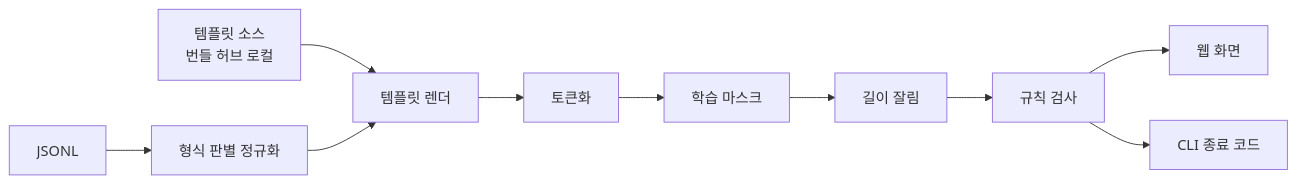
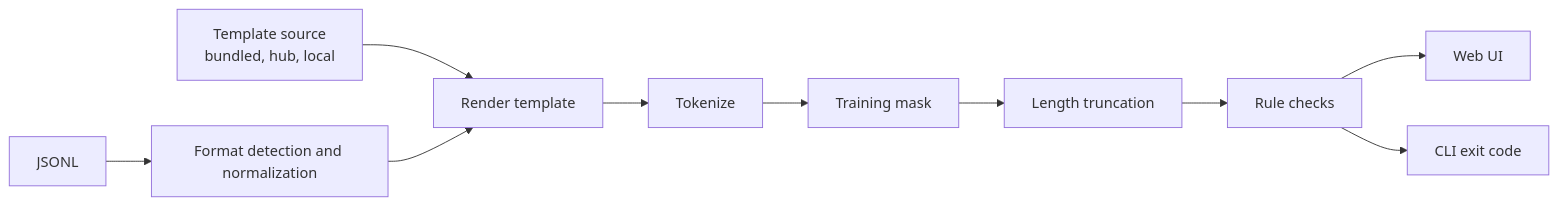
The diagram in README.md (LeeGyeongPil/sft-template-lens), drawn with Mermaid before and after one commit. The commit also changed other lines of this file and 2 other files, not shown here.

````diff
--- a/README.md
+++ b/README.md
@@ -206,12 +206,12 @@
 ```mermaid
 flowchart LR
-  J[JSONL] --> N[형식 판별 정규화]
-  S[템플릿 소스<br/>번들 허브 로컬] --> T[템플릿 렌더]
+  J[JSONL] --> N["Format detection and normalization"]
+  S["Template source<br/>bundled, hub, local"] --> T["Render template"]
   N --> T
-  T --> K[토큰화]
-  K --> M[학습 마스크]
-  M --> X[길이 잘림]
-  X --> C[규칙 검사]
-  C --> UI[웹 화면]
-  C --> CLI[CLI 종료 코드]
+  T --> K[Tokenize]
+  K --> M["Training mask"]
+  M --> X["Length truncation"]
+  X --> C["Rule checks"]
+  C --> UI["Web UI"]
+  C --> CLI["CLI exit code"]
 ```
````
